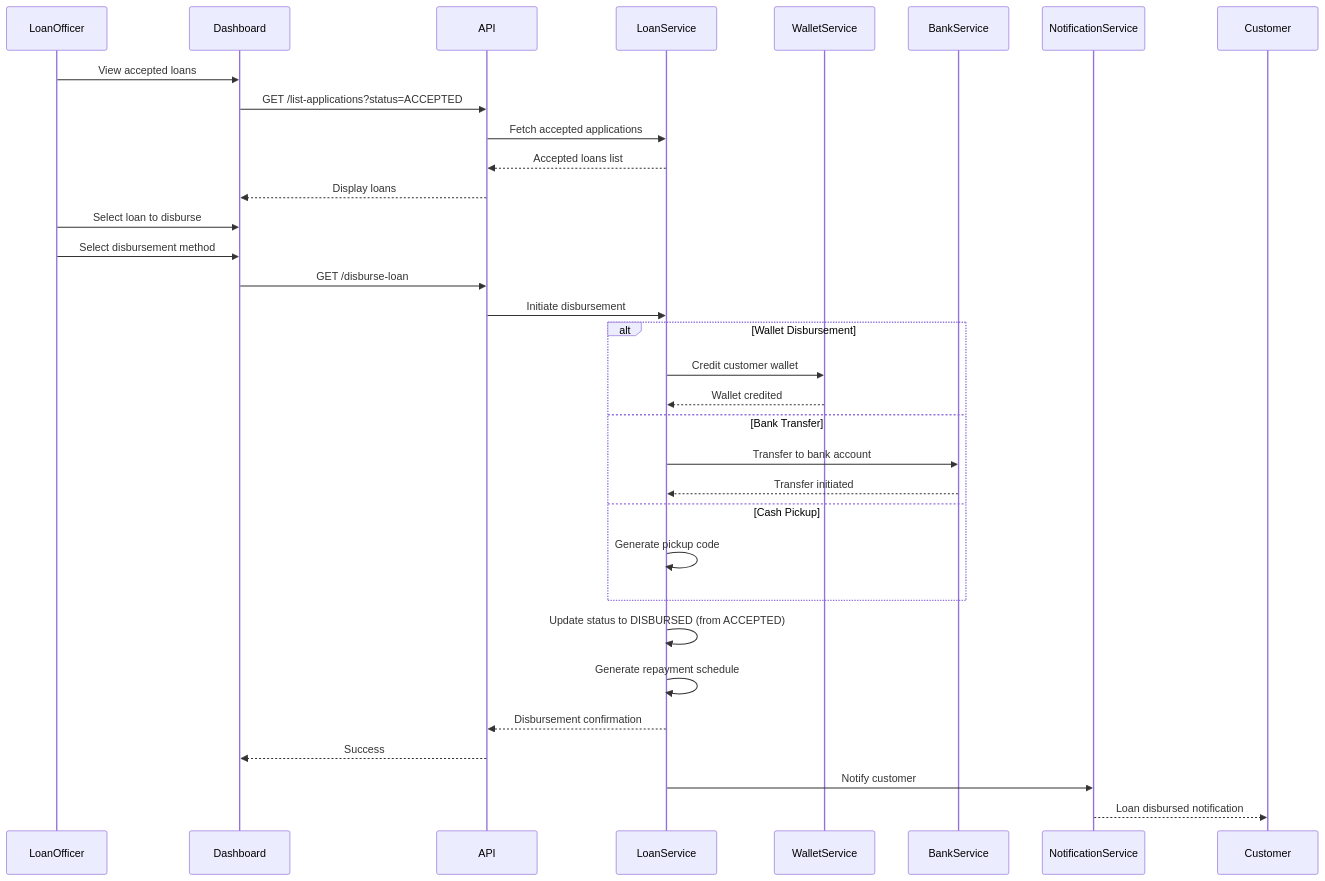
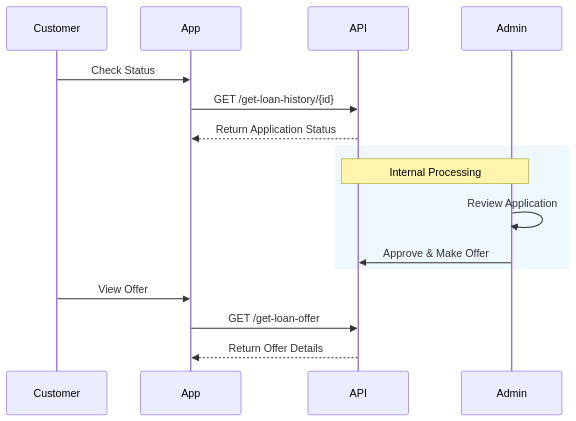
The second of 3 diagrams in lending/process-flow.mdx (trillionclues-fincode/docs), drawn with Mermaid before and after one commit. The commit also changed other lines of this file and 22 other files, not shown here.

Commit message:
chore(lending): refactor overview, process flows and api reference pages

````diff
--- a/lending/process-flow.mdx
+++ b/lending/process-flow.mdx
@@ -228,35 +74,21 @@
 ```mermaid
 sequenceDiagram
-    participant LoanOfficer
-    participant Dashboard
+    participant Customer
+    participant App
     participant API
-    participant LoanService
-    participant WalletService
-    participant BankService
-    participant NotificationService
+    participant Admin
 
-    LoanOfficer->>Dashboard: View accepted loans
-    Dashboard->>API: GET /list-applications?status=ACCEPTED
-    API->>LoanService: Fetch accepted applications
-    LoanService-->>API: Accepted loans list
-    API-->>Dashboard: Display loans
-    LoanOfficer->>Dashboard: Select loan to disburse
-    LoanOfficer->>Dashboard: Select disbursement method
-    Dashboard->>API: GET /disburse-loan
-    API->>LoanService: Initiate disbursement
-    alt Wallet Disbursement
-        LoanService->>WalletService: Credit customer wallet
-        WalletService-->>LoanService: Wallet credited
-    else Bank Transfer
-        LoanService->>BankService: Transfer to bank account
-        BankService-->>LoanService: Transfer initiated
-    else Cash Pickup
-        LoanService->>LoanService: Generate pickup code
+    Customer->>App: Check Status
+    App->>API: GET /get-loan-history/{id}
+    API-->>App: Return Application Status
+    
+    rect rgb(240, 248, 255)
+    Note over API, Admin: Internal Processing
+    Admin->>Admin: Review Application
+    Admin->>API: Approve & Make Offer
     end
-    LoanService->>LoanService: Update status to DISBURSED (from ACCEPTED)
-    LoanService->>LoanService: Generate repayment schedule
-    LoanService-->>API: Disbursement confirmation
-    API-->>Dashboard: Success
-    LoanService->>NotificationService: Notify customer
-    NotificationService-->>Customer: Loan disbursed notification
+
+    Customer->>App: View Offer
+    App->>API: GET /get-loan-offer
+    API-->>App: Return Offer Details
 ```
````
